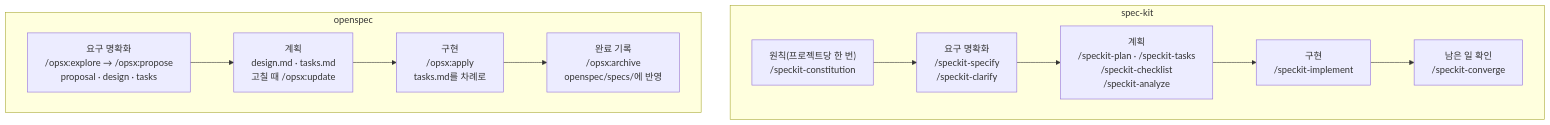
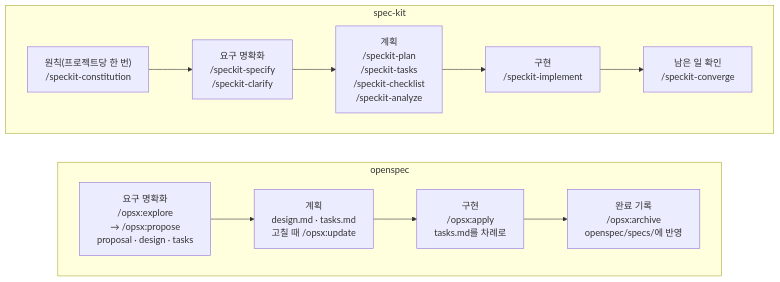
Before and after one commit to roadkwon-ai/pro-kit: the sixth of 12 diagrams in handbook/skills/brain-flow.md, drawn with Mermaid. The commit also changed other lines of this file and 26 other files, not shown here.

````diff
--- a/handbook/skills/brain-flow.md
+++ b/handbook/skills/brain-flow.md
@@ -177,19 +188,20 @@
 ```mermaid
 ---
 config:
   flowchart:
-    wrappingWidth: 240
+    wrappingWidth: 230
 ---
 flowchart TB
   subgraph SK["spec-kit"]
     SK0["원칙(프로젝트당 한 번)<br/>/speckit-constitution"] --> SK1["요구 명확화<br/>/speckit-specify<br/>/speckit-clarify"]
-    SK1 --> SK2["계획<br/>/speckit-plan · /speckit-tasks<br/>/speckit-checklist<br/>/speckit-analyze"]
+    SK1 --> SK2["계획<br/>/speckit-plan<br/>/speckit-tasks<br/>/speckit-checklist<br/>/speckit-analyze"]
     SK2 --> SK3["구현<br/>/speckit-implement"]
     SK3 --> SK4["남은 일 확인<br/>/speckit-converge"]
   end
   subgraph OS["openspec"]
-    OS1["요구 명확화<br/>/opsx:explore → /opsx:propose<br/>proposal · design · tasks"] --> OS2["계획<br/>design.md · tasks.md<br/>고칠 때 /opsx:update"]
+    OS1["요구 명확화<br/>/opsx:explore<br/>→ /opsx:propose<br/>proposal · design · tasks"] --> OS2["계획<br/>design.md · tasks.md<br/>고칠 때 /opsx:update"]
     OS2 --> OS3["구현<br/>/opsx:apply<br/>tasks.md를 차례로"]
     OS3 --> OS4["완료 기록<br/>/opsx:archive<br/>openspec/specs/에 반영"]
   end
+  SK ~~~ OS
 ```
````
